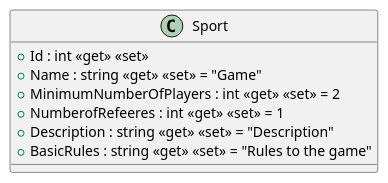
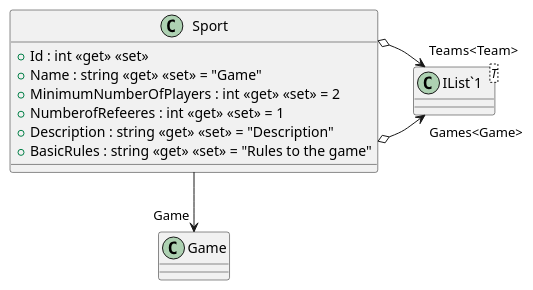
The diagram in src/AppForSEII.API/ClassDiagram/Sport.puml (SEII2627SEALLUAN/SEII2627SEALLUAN), drawn with PlantUML before and after one commit. The commit also changed 13 other files, not shown here.

```diff
--- a/src/AppForSEII.API/ClassDiagram/Sport.puml
+++ b/src/AppForSEII.API/ClassDiagram/Sport.puml
@@ -1,10 +1,15 @@
 @startuml
 class Sport {
     + Id : int <<get>> <<set>>
     + Name : string <<get>> <<set>> = "Game"
     + MinimumNumberOfPlayers : int <<get>> <<set>> = 2
     + NumberofRefeeres : int <<get>> <<set>> = 1
     + Description : string <<get>> <<set>> = "Description"
     + BasicRules : string <<get>> <<set>> = "Rules to the game"
 }
+class "IList`1"<T> {
+}
+Sport --> "Game" Game
+Sport o-> "Games<Game>" "IList`1"
+Sport o-> "Teams<Team>" "IList`1"
 @enduml
```
